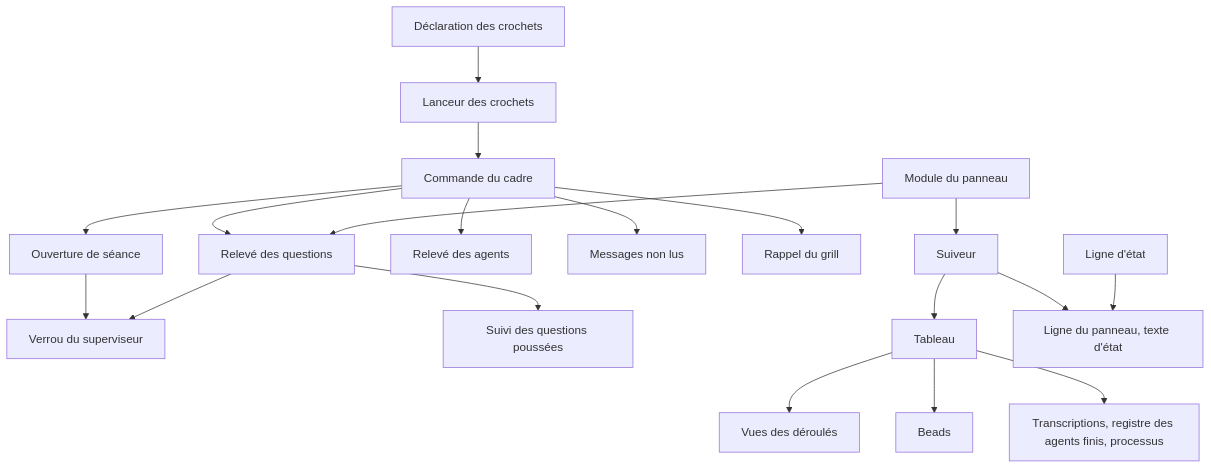
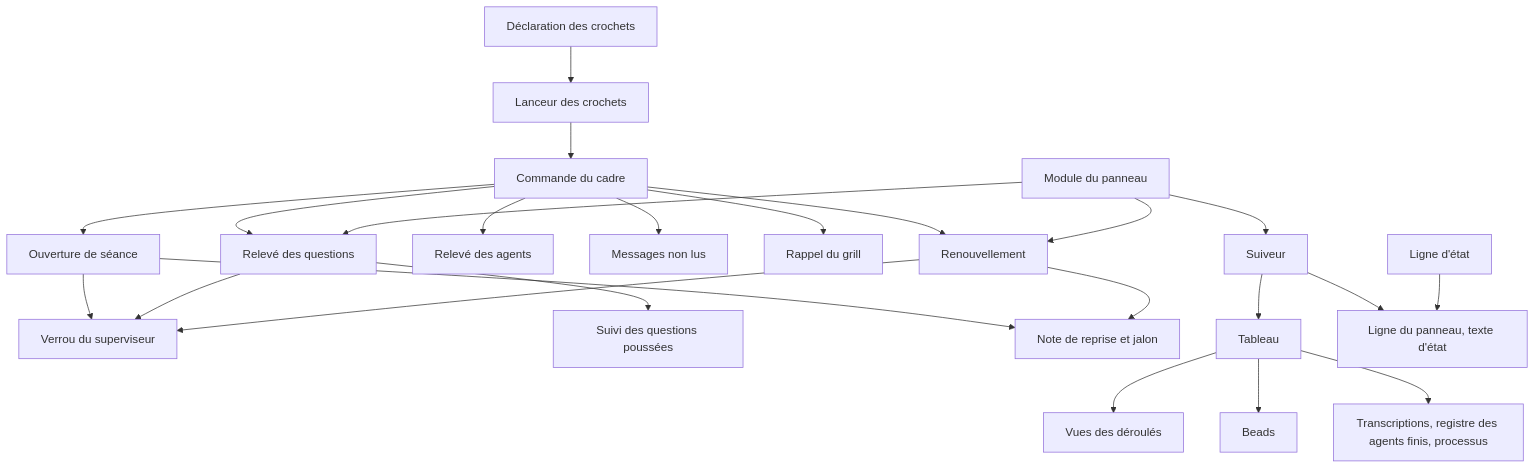
The second of 4 diagrams in packages/grillhouse/docs/architecture/greffon.md (roomi-fields/roomis-grillhouse), drawn with Mermaid before and after one commit. The commit also changed other lines of this file and 24 other files, not shown here.

````diff
--- a/packages/grillhouse/docs/architecture/greffon.md
+++ b/packages/grillhouse/docs/architecture/greffon.md
@@ -43,14 +43,18 @@
 ```mermaid
 flowchart TB
   decl[Déclaration des crochets] --> lanceur[Lanceur des crochets]
   lanceur --> cmd[Commande du cadre]
   cmd --> ouv[Ouverture de séance] & rel[Relevé des questions] & agents[Relevé des agents] & msg[Messages non lus] & grill[Rappel du grill]
   ouv --> verrou[Verrou du superviseur]
   rel --> verrou
   rel --> suivi[Suivi des questions poussées]
+  cmd --> ren[Renouvellement] --> verrou
+  ouv --> note[Note de reprise et jalon]
+  ren --> note
   module[Module du panneau] --> rel
+  module --> ren
   module --> suiv[Suiveur] --> tab[Tableau]
   tab --> vues[Vues des déroulés] & beads[Beads] & trans[Transcriptions, registre des agents finis, processus]
   suiv --> fichiers[Ligne du panneau, texte d'état]
   le[Ligne d'état] --> fichiers
 ```
````
